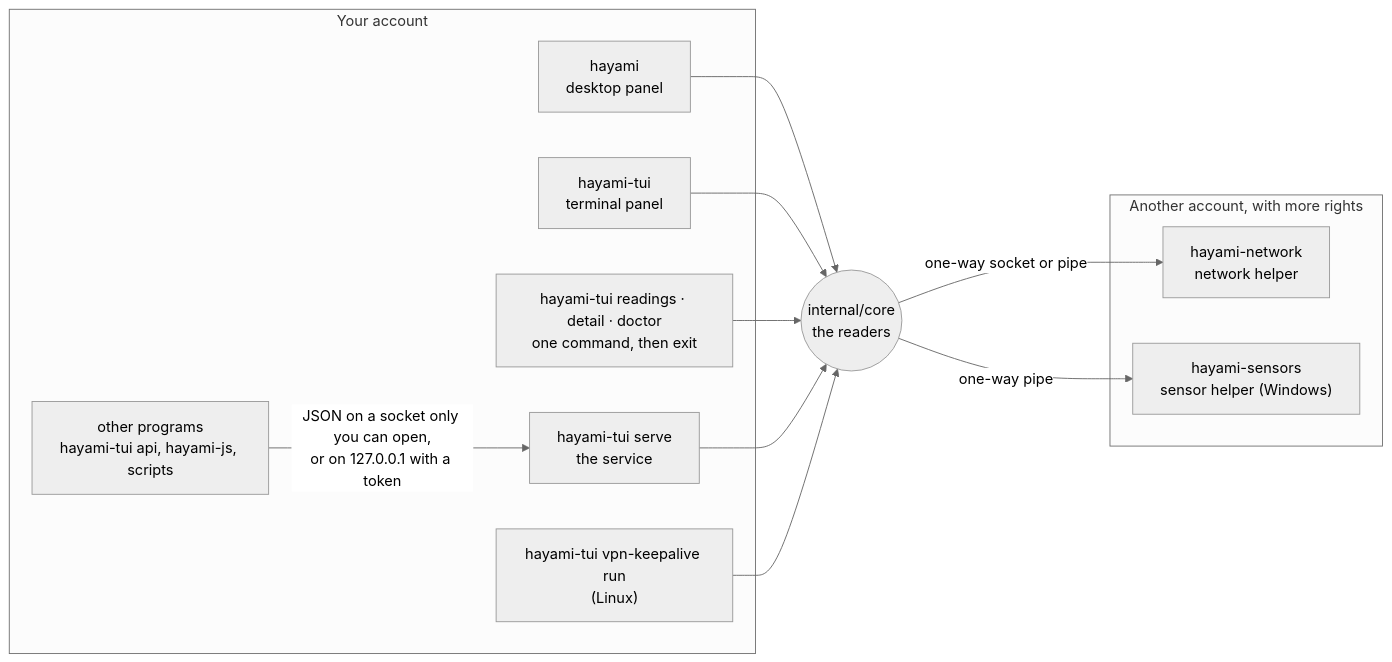
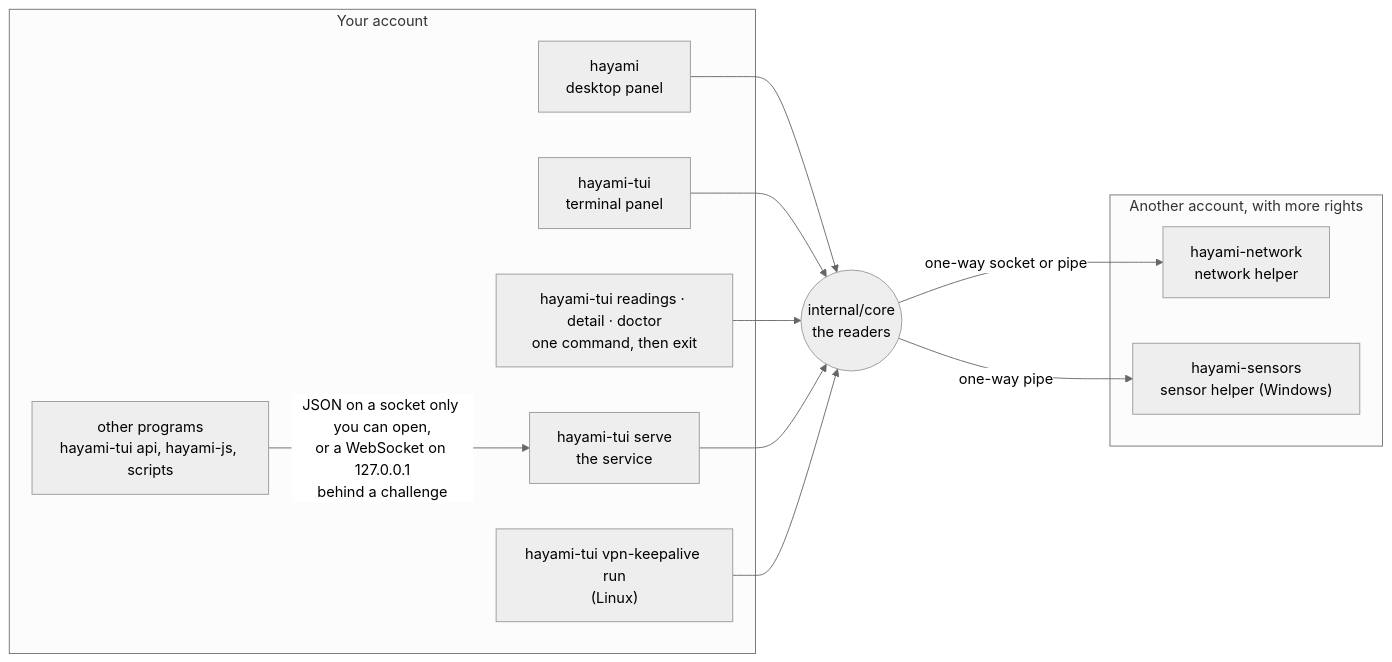
The diagram in ARCHITECTURE.md (ushineko/hayami), drawn with Mermaid (neutral theme) before and after one commit. The commit also changed other lines of this file and 6 other files, not shown here.

First line of the commit message:
docs: the TCP port's WebSocket and its challenge, and the review

````diff
--- a/ARCHITECTURE.md
+++ b/ARCHITECTURE.md
@@ -16,24 +16,24 @@
 ```mermaid
 flowchart LR
   subgraph you["Your account"]
     W["hayami<br/>desktop panel"]
     T["hayami-tui<br/>terminal panel"]
     C["hayami-tui readings · detail · doctor<br/>one command, then exit"]
     S["hayami-tui serve<br/>the service"]
     K["hayami-tui vpn-keepalive run<br/>(Linux)"]
     X["other programs<br/>hayami-tui api, hayami-js, scripts"]
   end
   subgraph priv["Another account, with more rights"]
     N["hayami-network<br/>network helper"]
     H["hayami-sensors<br/>sensor helper (Windows)"]
   end
   core(("internal/core<br/>the readers"))
   W --> core
   T --> core
   C --> core
   S --> core
   K --> core
-  X -- "JSON on a socket only you can open,<br/>or on 127.0.0.1 with a token" --> S
+  X -- "JSON on a socket only you can open,<br/>or a WebSocket on 127.0.0.1<br/>behind a challenge" --> S
   core -- "one-way socket or pipe" --> N
   core -- "one-way pipe" --> H
 ```
````
